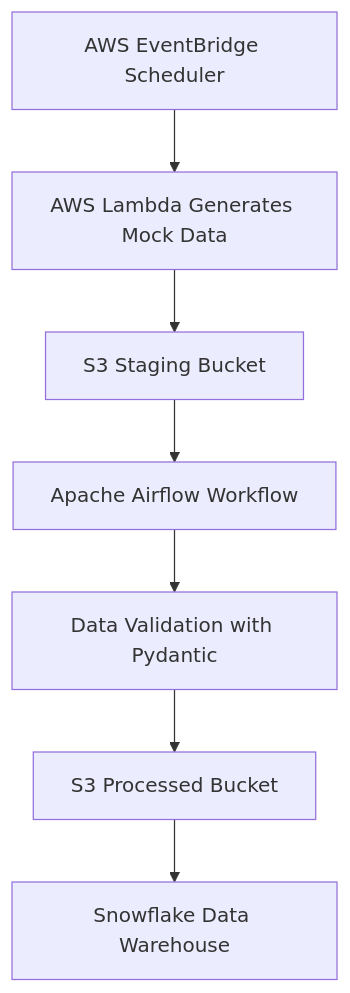
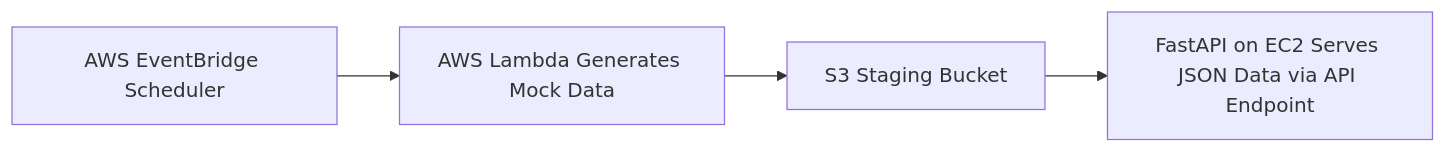
One commit to psgpyc/Data-Engineering-Pipeline-Restaurant-Reservation-Data-Management changed the first of 2 diagrams in README.md. Above: the diagram before and after it, drawn with Mermaid. The commit also changed other lines of this file, not shown here.

````diff
--- a/README.md
+++ b/README.md
@@ -64,9 +64,7 @@
 ```mermaid
-graph TD;
+graph LR;
     A[AWS EventBridge Scheduler] --> B[AWS Lambda Generates Mock Data];
     B --> C[S3 Staging Bucket];
-    C --> D[Apache Airflow Workflow];
-    D --> E[Data Validation with Pydantic];
-    E --> F[S3 Processed Bucket];
-    F --> G[Snowflake Data Warehouse];
+    C --> D[FastAPI on EC2 Serves JSON Data via API Endpoint];
+
 ```
````
